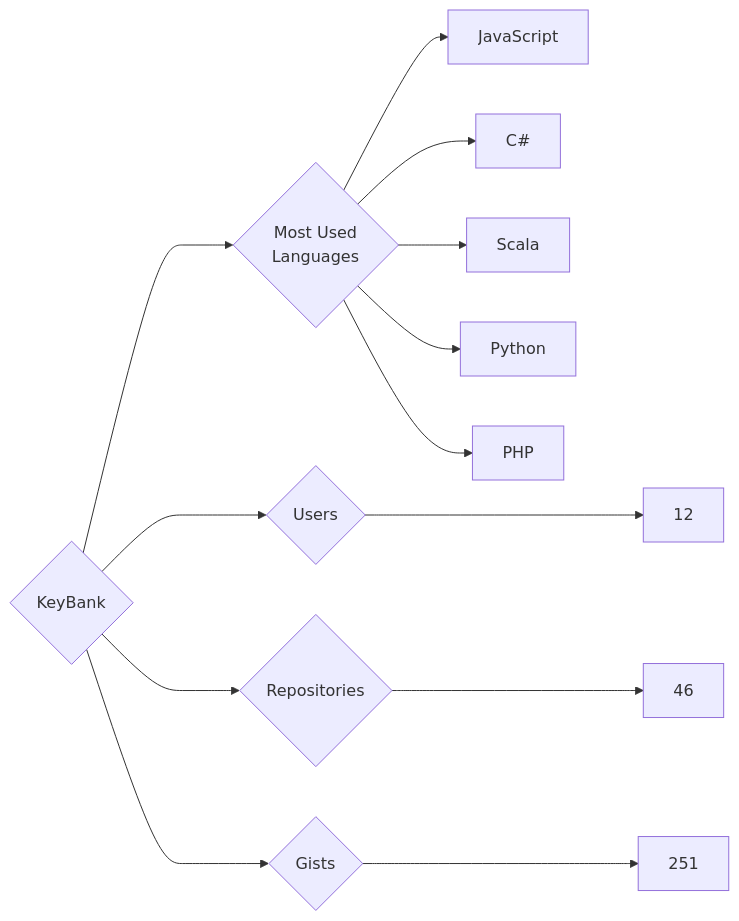
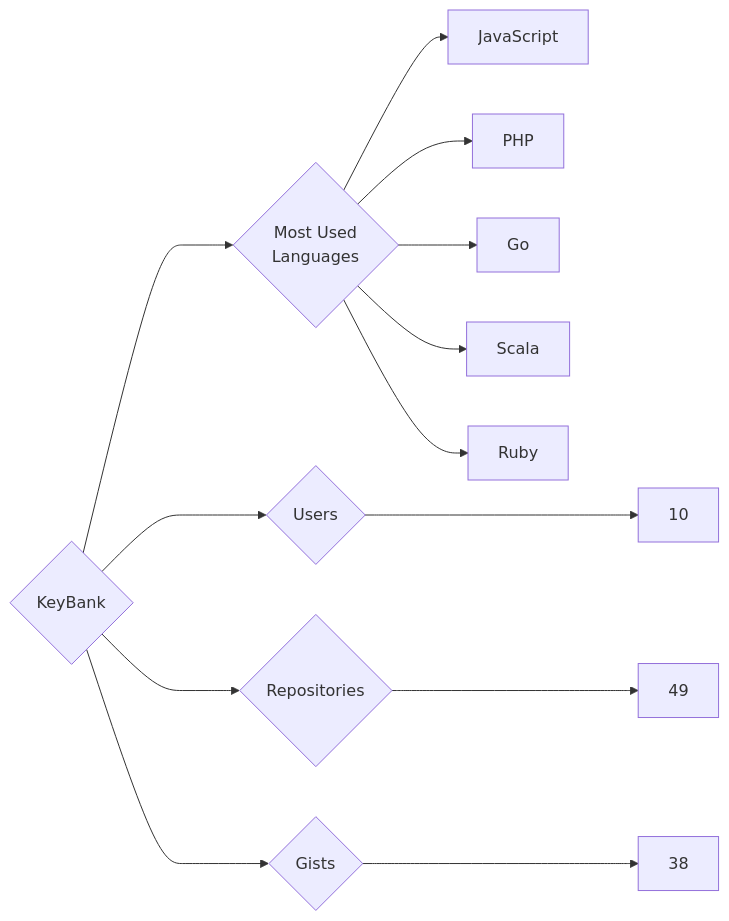
Before and after one commit to trickest/insiders: the diagram in targets/KeyBank/README.md, drawn with Mermaid. The commit also changed 693 other files, not shown here.

````diff
--- a/targets/KeyBank/README.md
+++ b/targets/KeyBank/README.md
@@ -3,13 +3,13 @@
 ```mermaid
 graph LR
 COMPANY_NAME{KeyBank}
-COMPANY_NAME ---> U{Users} ---> UN[12]
-COMPANY_NAME ---> R{Repositories} ---> RN[46]
-COMPANY_NAME ---> G{Gists} ---> GN[251]
+COMPANY_NAME ---> U{Users} ---> UN[10]
+COMPANY_NAME ---> R{Repositories} ---> RN[49]
+COMPANY_NAME ---> G{Gists} ---> GN[38]
 COMPANY_NAME ---> ML{Most Used<br>Languages}
 ML --> JavaScript[JavaScript]
-ML --> C#[C#]
+ML --> PHP[PHP]
+ML --> Go[Go]
 ML --> Scala[Scala]
-ML --> Python[Python]
-ML --> PHP[PHP]
+ML --> Ruby[Ruby]
 ```
````
